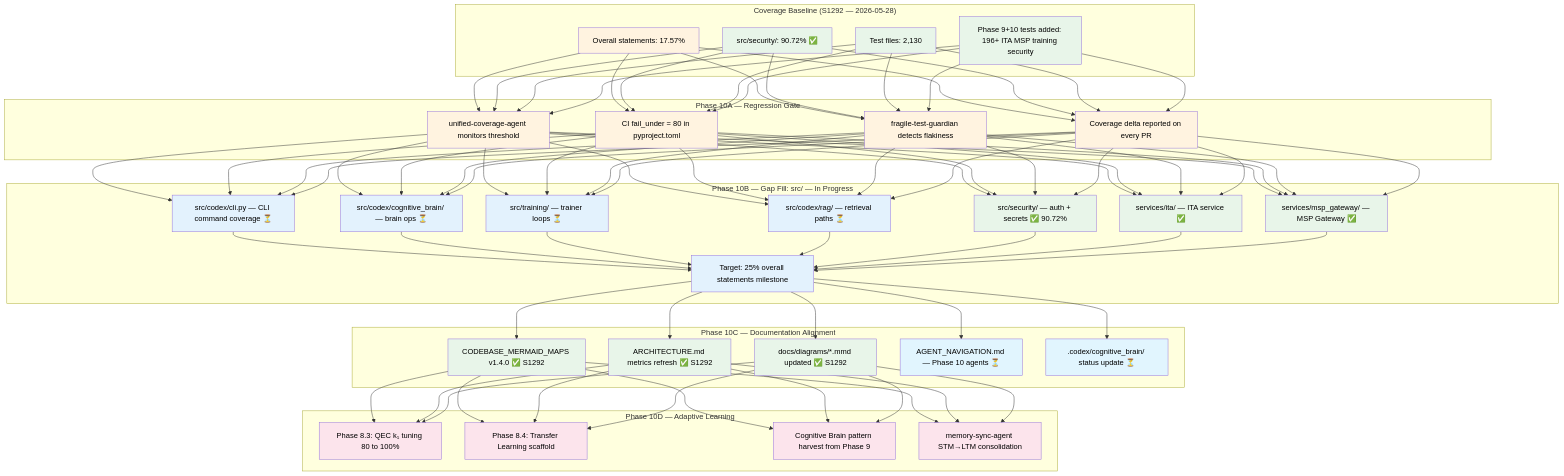
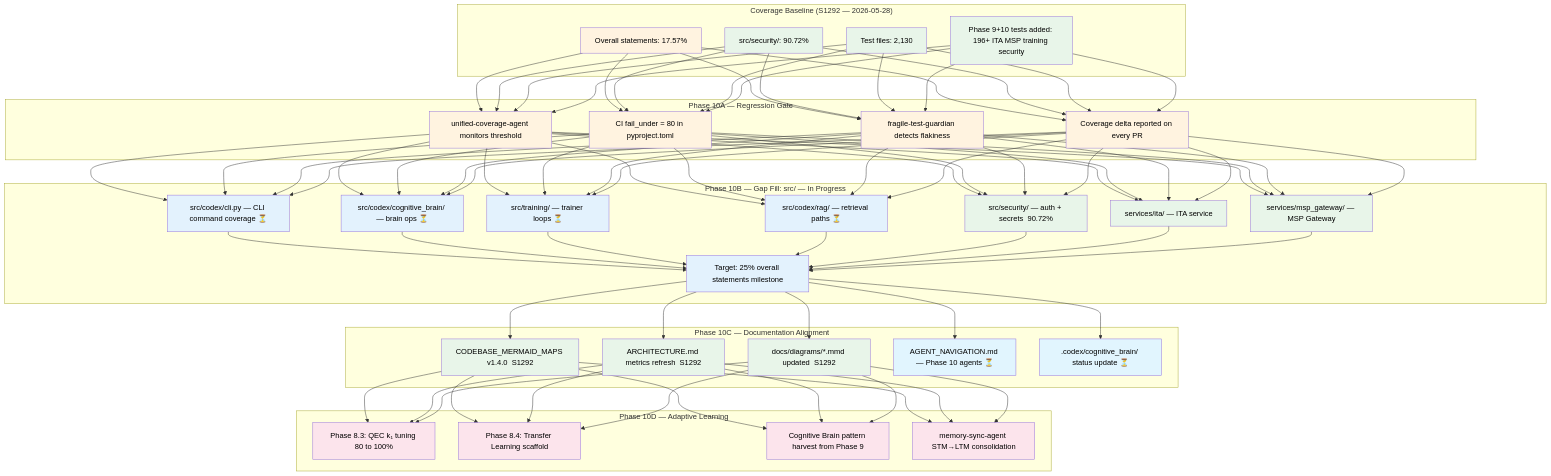
Diagram 17 of 18 in docs/CODEBASE_MERMAID_MAPS.md (Aries-Serpent/_codex_), drawn with Mermaid before and after one commit. The commit also changed other lines of this file and 2029 other files, not shown here.

````diff
--- a/docs/CODEBASE_MERMAID_MAPS.md
+++ b/docs/CODEBASE_MERMAID_MAPS.md
@@ -722,75 +724,75 @@
 ```mermaid
-%%{init: {'accessibility': {'title': 'Flowchart showing Overall statements: 17.57%, src/security/: 90.72% ✅'}}%%
+%%{init: {'accessibility': {'title': 'Flowchart showing Overall statements: 17.57%, src/security/: 90.72% '}}%%
 graph TD
     subgraph "Coverage Baseline (S1292 — 2026-05-28)"
         CB1[Overall statements: 17.57%]
-        CB2[src/security/: 90.72% ✅]
+        CB2[src/security/: 90.72% ]
         CB3[Test files: 2,130]
         CB4[Phase 9+10 tests added: 196+ ITA MSP training security]
     end
 
     subgraph "Phase 10A — Regression Gate"
         RG1[unified-coverage-agent monitors threshold]
         RG2[CI fail_under = 80 in pyproject.toml]
         RG3[fragile-test-guardian detects flakiness]
         RG4[Coverage delta reported on every PR]
     end
 
     subgraph "Phase 10B — Gap Fill: src/ — In Progress"
         GF1[src/codex/cli.py — CLI command coverage ⏳]
         GF2[src/codex/cognitive_brain/ — brain ops ⏳]
         GF3[src/training/ — trainer loops ⏳]
         GF4[src/codex/rag/ — retrieval paths ⏳]
-        GF5[src/security/ — auth + secrets ✅ 90.72%]
-        GF6[services/ita/ — ITA service ✅]
-        GF7[services/msp_gateway/ — MSP Gateway ✅]
+        GF5[src/security/ — auth + secrets  90.72%]
+        GF6[services/ita/ — ITA service ]
+        GF7[services/msp_gateway/ — MSP Gateway ]
         GF8[Target: 25% overall statements milestone]
     end
 
     subgraph "Phase 10C — Documentation Alignment"
-        DA1[CODEBASE_MERMAID_MAPS v1.4.0 ✅ S1292]
-        DA2[ARCHITECTURE.md metrics refresh ✅ S1292]
-        DA3[docs/diagrams/*.mmd updated ✅ S1292]
+        DA1[CODEBASE_MERMAID_MAPS v1.4.0  S1292]
+        DA2[ARCHITECTURE.md metrics refresh  S1292]
+        DA3[docs/diagrams/*.mmd updated  S1292]
         DA4[AGENT_NAVIGATION.md — Phase 10 agents ⏳]
         DA5[.codex/cognitive_brain/ status update ⏳]
     end
 
     subgraph "Phase 10D — Adaptive Learning"
         AL1[Phase 8.3: QEC k₁ tuning 80 to 100%]
         AL2[Phase 8.4: Transfer Learning scaffold]
         AL3[Cognitive Brain pattern harvest from Phase 9]
         AL4[memory-sync-agent STM→LTM consolidation]
     end
 
     CB1 & CB2 & CB3 & CB4 --> RG1 & RG2 & RG3 & RG4
     RG1 & RG2 & RG3 & RG4 --> GF1 & GF2 & GF3 & GF4 & GF5 & GF6 & GF7
     GF1 & GF2 & GF3 & GF4 & GF5 & GF6 & GF7 --> GF8
     GF8 --> DA1 & DA2 & DA3 & DA4 & DA5
     DA1 & DA2 & DA3 --> AL1 & AL2 & AL3 & AL4
 
     style CB1 fill:#fff3e0,color:#000
     style CB2 fill:#e8f5e9,color:#000
     style CB3 fill:#e8f5e9,color:#000
     style CB4 fill:#e8f5e9,color:#000
     style DA1 fill:#e8f5e9,color:#000
     style DA2 fill:#e8f5e9,color:#000
     style DA3 fill:#e8f5e9,color:#000
     style RG1 fill:#fff3e0,color:#000
     style RG2 fill:#fff3e0,color:#000
     style RG3 fill:#fff3e0,color:#000
     style RG4 fill:#fff3e0,color:#000
     style GF1 fill:#e3f2fd,color:#000
     style GF2 fill:#e3f2fd,color:#000
     style GF3 fill:#e3f2fd,color:#000
     style GF4 fill:#e3f2fd,color:#000
     style GF5 fill:#e8f5e9,color:#000
     style GF6 fill:#e8f5e9,color:#000
     style GF7 fill:#e8f5e9,color:#000
     style GF8 fill:#e3f2fd,color:#000
     style DA4 fill:#e1f5fe,color:#000
     style DA5 fill:#e1f5fe,color:#000
     style AL1 fill:#fce4ec,color:#000
     style AL2 fill:#fce4ec,color:#000
     style AL3 fill:#fce4ec,color:#000
     style AL4 fill:#fce4ec,color:#000
 ```
````
